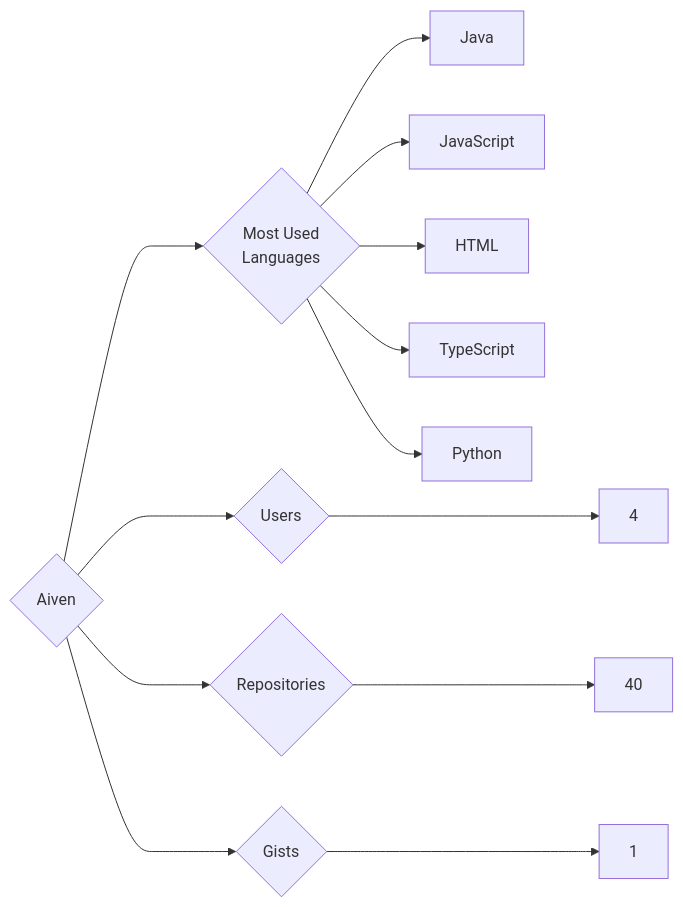
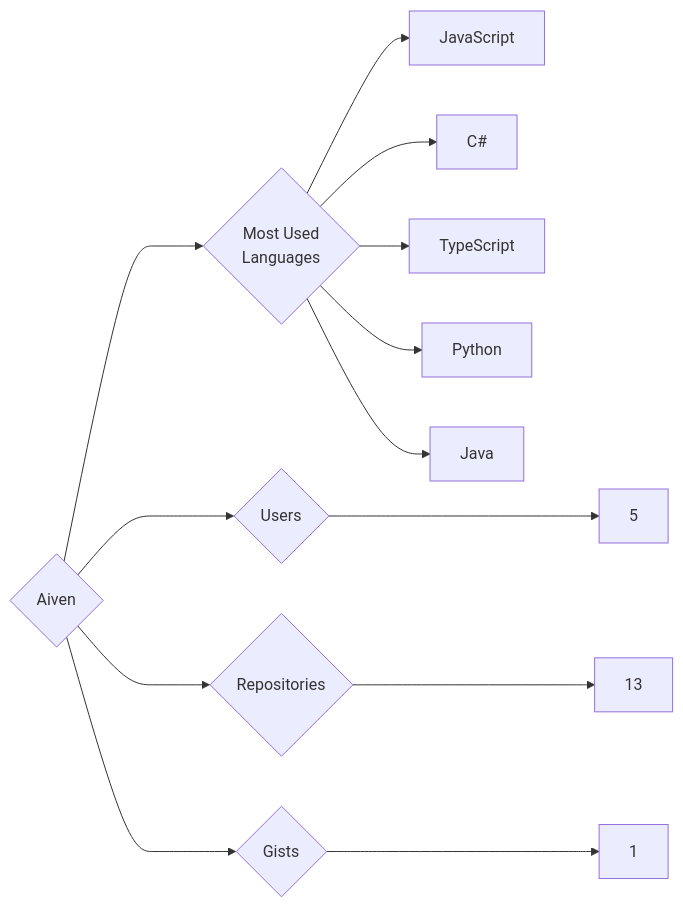
Before and after one commit to trickest/insiders: the diagram in targets/Aiven/README.md, drawn with Mermaid. The commit also changed 873 other files, not shown here.

````diff
--- a/targets/Aiven/README.md
+++ b/targets/Aiven/README.md
@@ -3,13 +3,13 @@
 ```mermaid
 graph LR
 COMPANY_NAME{Aiven}
-COMPANY_NAME ---> U{Users} ---> UN[4]
-COMPANY_NAME ---> R{Repositories} ---> RN[40]
+COMPANY_NAME ---> U{Users} ---> UN[5]
+COMPANY_NAME ---> R{Repositories} ---> RN[13]
 COMPANY_NAME ---> G{Gists} ---> GN[1]
 COMPANY_NAME ---> ML{Most Used<br>Languages}
-ML --> Java[Java]
 ML --> JavaScript[JavaScript]
-ML --> HTML[HTML]
+ML --> C#[C#]
 ML --> TypeScript[TypeScript]
 ML --> Python[Python]
+ML --> Java[Java]
 ```
````
